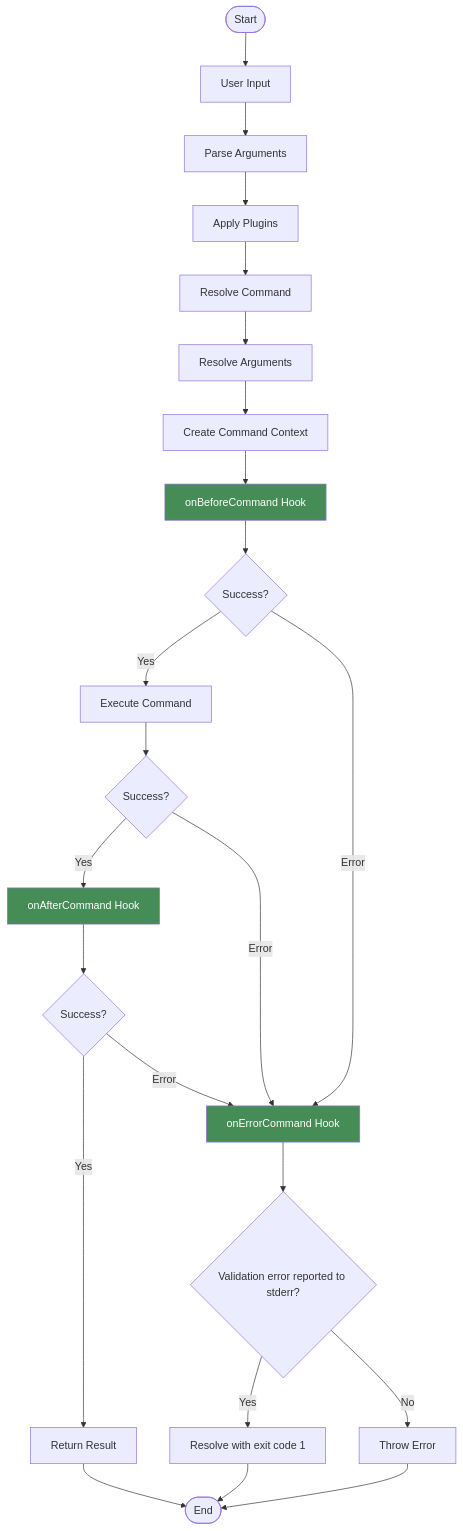
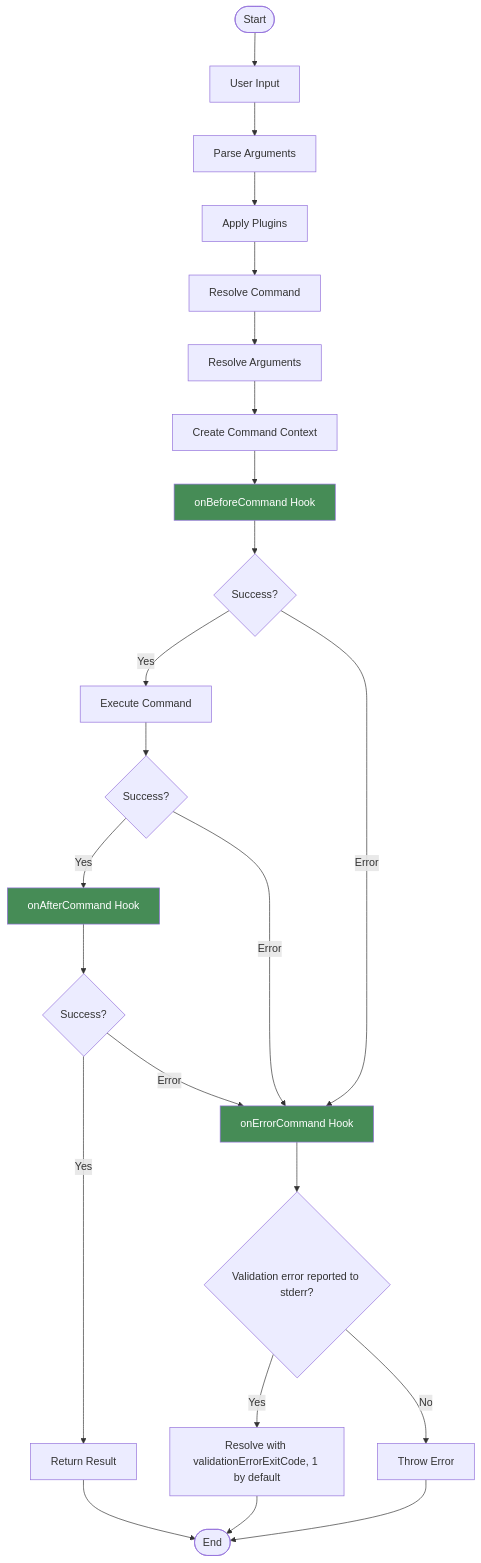
The first of 2 diagrams in packages/docs/src/guide/advanced/command-hooks.md (kazupon/gunshi), drawn with Mermaid before and after one commit. The commit also changed other lines of this file and 6 other files, not shown here.

First line of the commit message:
docs: give validationErrorExitCode in the other guides (#909)

````diff
--- a/packages/docs/src/guide/advanced/command-hooks.md
+++ b/packages/docs/src/guide/advanced/command-hooks.md
@@ -11,29 +11,29 @@
 ```mermaid
 graph TD
     Start([Start]) --> A[User Input]
     A --> B[Parse Arguments]
     B --> C[Apply Plugins]
     C --> D[Resolve Command]
     D --> E[Resolve Arguments]
     E --> F[Create Command Context]
     F --> G[onBeforeCommand Hook]
     G --> H{Success?}
     H -->|Yes| I[Execute Command]
     H -->|Error| K[onErrorCommand Hook]
     I --> J{Success?}
     J -->|Yes| L[onAfterCommand Hook]
     J -->|Error| K
     L --> M{Success?}
     M -->|Yes| N[Return Result]
     M -->|Error| K
     K --> Q{Validation error reported to stderr?}
-    Q -->|Yes| R[Resolve with exit code 1]
+    Q -->|Yes| R[Resolve with validationErrorExitCode, 1 by default]
     Q -->|No| O[Throw Error]
     N --> P([End])
     O --> P
     R --> P
 
     style G fill:#468c56,color:white
     style L fill:#468c56,color:white
     style K fill:#468c56,color:white
 ```
````
